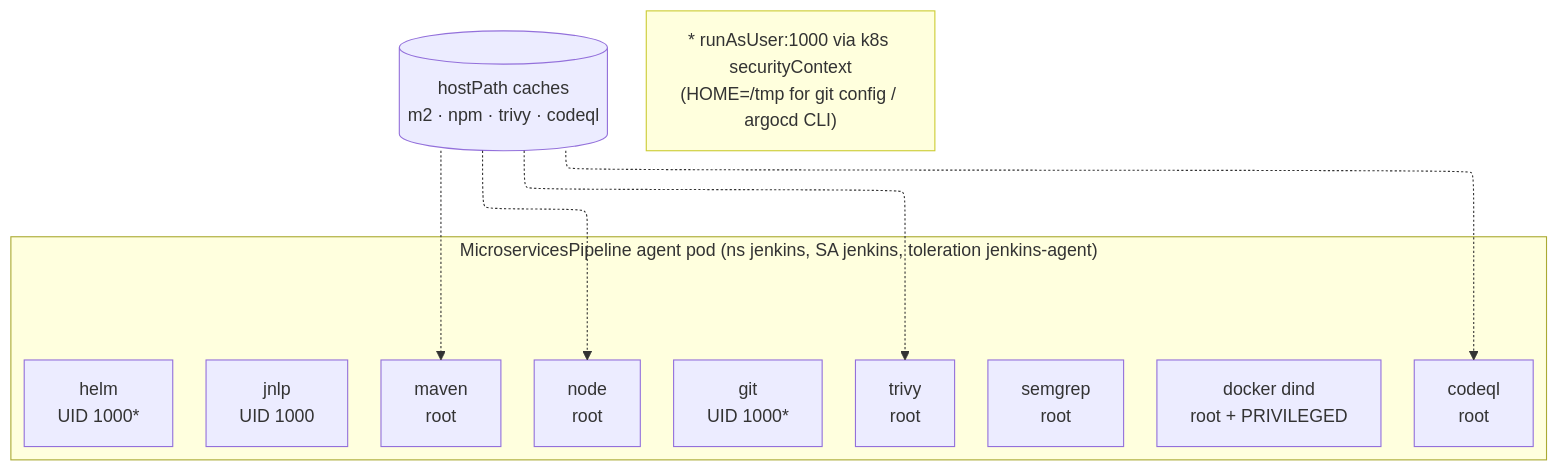
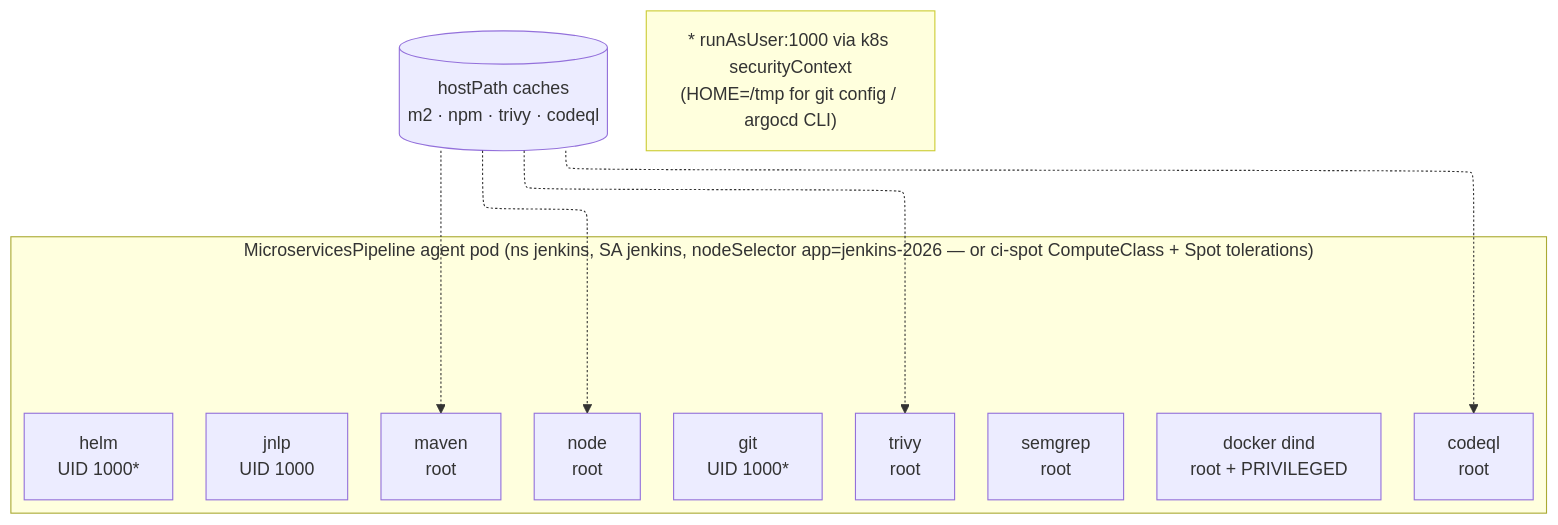
Before and after one commit to nubenetes/jenkins-2026: diagram 12 of 12 in docs/402-PIPELINES_AS_CODE.md, drawn with Mermaid. The commit also changed other lines of this file and 48 other files, not shown here.

````diff
--- a/docs/402-PIPELINES_AS_CODE.md
+++ b/docs/402-PIPELINES_AS_CODE.md
@@ -569,22 +582,22 @@
 ```mermaid
 ---
 config:
   layout: elk
 ---
 flowchart TB
-  subgraph pod["MicroservicesPipeline agent pod (ns jenkins, SA jenkins, toleration jenkins-agent)"]
+  subgraph pod["MicroservicesPipeline agent pod (ns jenkins, SA jenkins, nodeSelector app=jenkins-2026 — or ci-spot ComputeClass + Spot tolerations)"]
     direction LR
     jnlp["jnlp<br/>UID 1000"]
     maven["maven<br/>root"]
     node["node<br/>root"]
     git["git<br/>UID 1000*"]
     helm["helm<br/>UID 1000*"]
     semgrep["semgrep<br/>root"]
     trivy["trivy<br/>root"]
     docker["docker dind<br/>root + PRIVILEGED"]
     codeql["codeql<br/>root"]
   end
   caches[("hostPath caches<br/>m2 · npm · trivy · codeql")] -.-> maven & node & trivy & codeql
   note["* runAsUser:1000 via k8s securityContext<br/>(HOME=/tmp for git config / argocd CLI)"]:::n
   classDef n fill:#ffd,stroke:#cc3;
 ```
````
